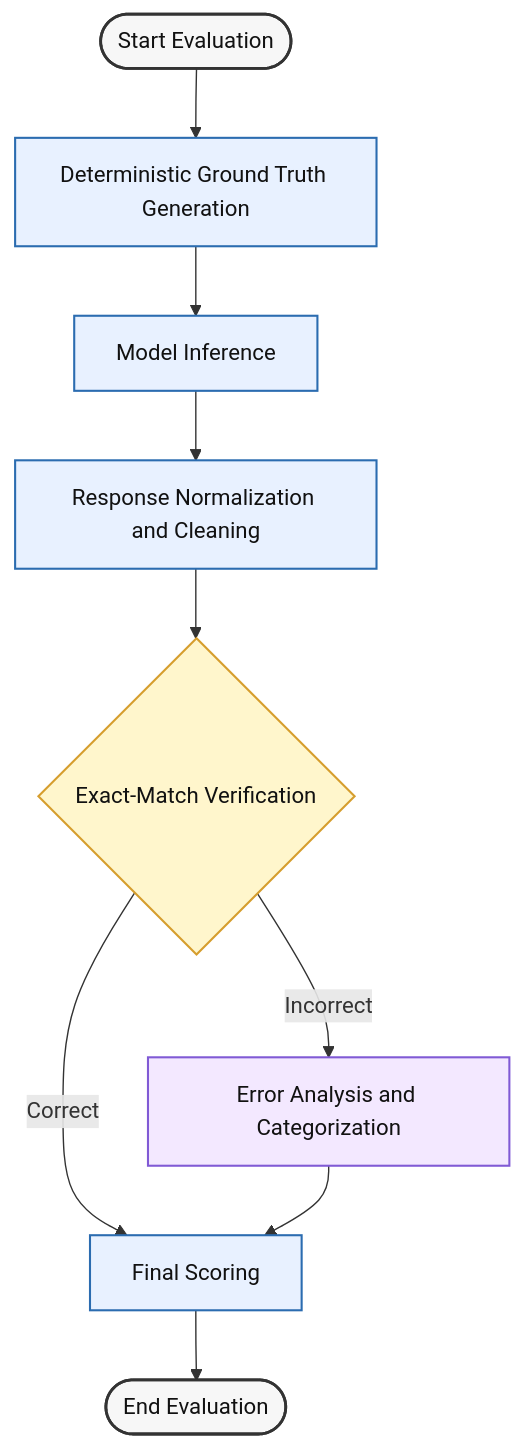
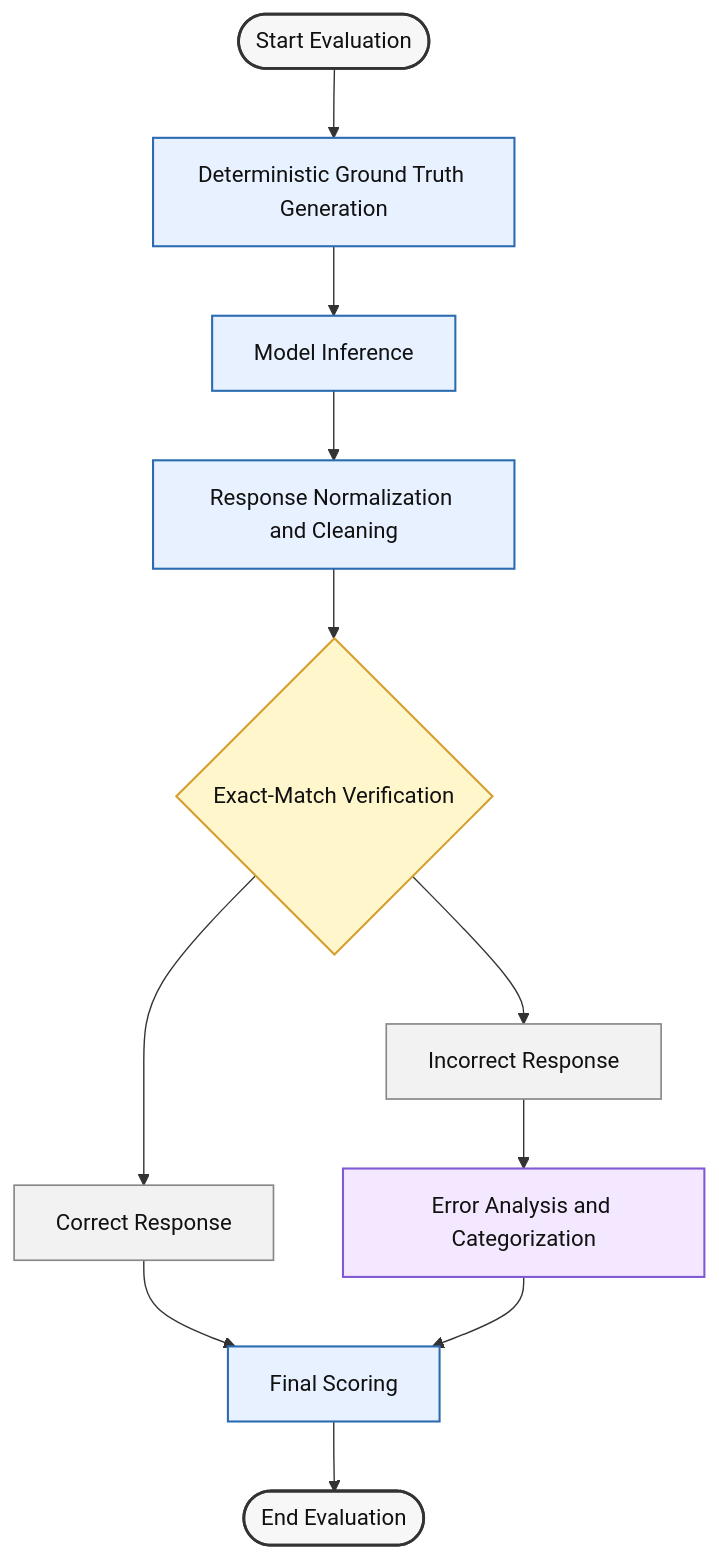
Before and after one commit to amitnjha/ChronoGeoCal: the diagram in pipeline.md, drawn with Mermaid. The commit also changed other lines of this file, not shown here.

````diff
--- a/pipeline.md
+++ b/pipeline.md
@@ -5,21 +5,28 @@
 ```mermaid
 flowchart TD
     A([Start Evaluation]) --> B[Deterministic Ground Truth Generation]
     B --> C[Model Inference]
     C --> D[Response Normalization and Cleaning]
     D --> E{Exact-Match Verification}
-    E -->|Correct| F[Final Scoring]
-    E -->|Incorrect| G[Error Analysis and Categorization]
+
+    E --> C1[Correct Response]
+    E --> I1[Incorrect Response]
+
+    C1 --> F[Final Scoring]
+    I1 --> G[Error Analysis and Categorization]
     G --> F
+
     F --> H([End Evaluation])
 
     classDef startend fill:#f7f7f7,stroke:#333,stroke-width:2px,color:#111;
     classDef process fill:#e8f1ff,stroke:#2b6cb0,stroke-width:1.5px,color:#111;
     classDef decision fill:#fff6cc,stroke:#d69e2e,stroke-width:1.5px,color:#111;
     classDef analysis fill:#f3e8ff,stroke:#805ad5,stroke-width:1.5px,color:#111;
+    classDef tag fill:#f2f2f2,stroke:#888,stroke-width:1.2px,color:#111;
 
     class A,H startend;
     class B,C,D,F process;
     class E decision;
     class G analysis;
+    class C1,I1 tag;
 ```
````
